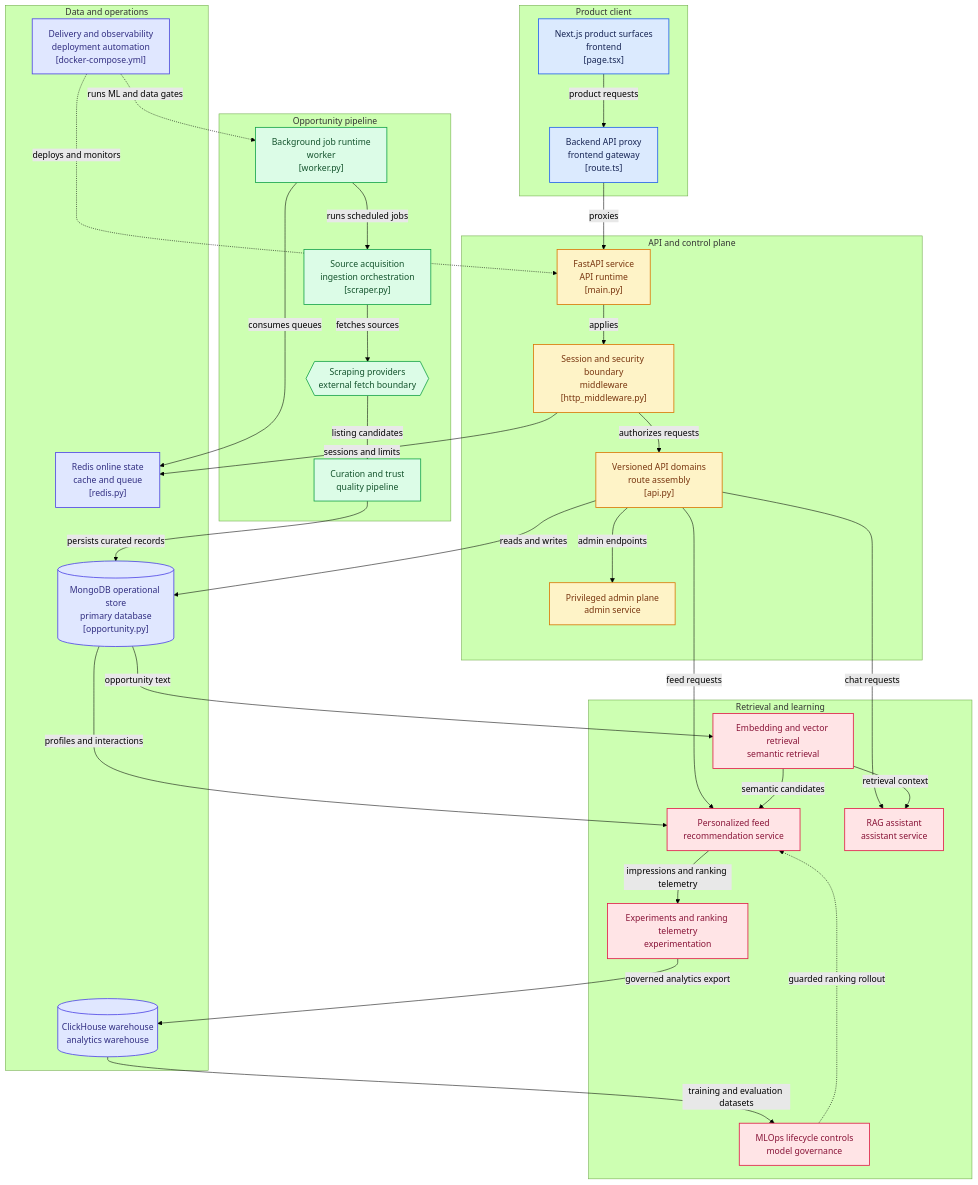
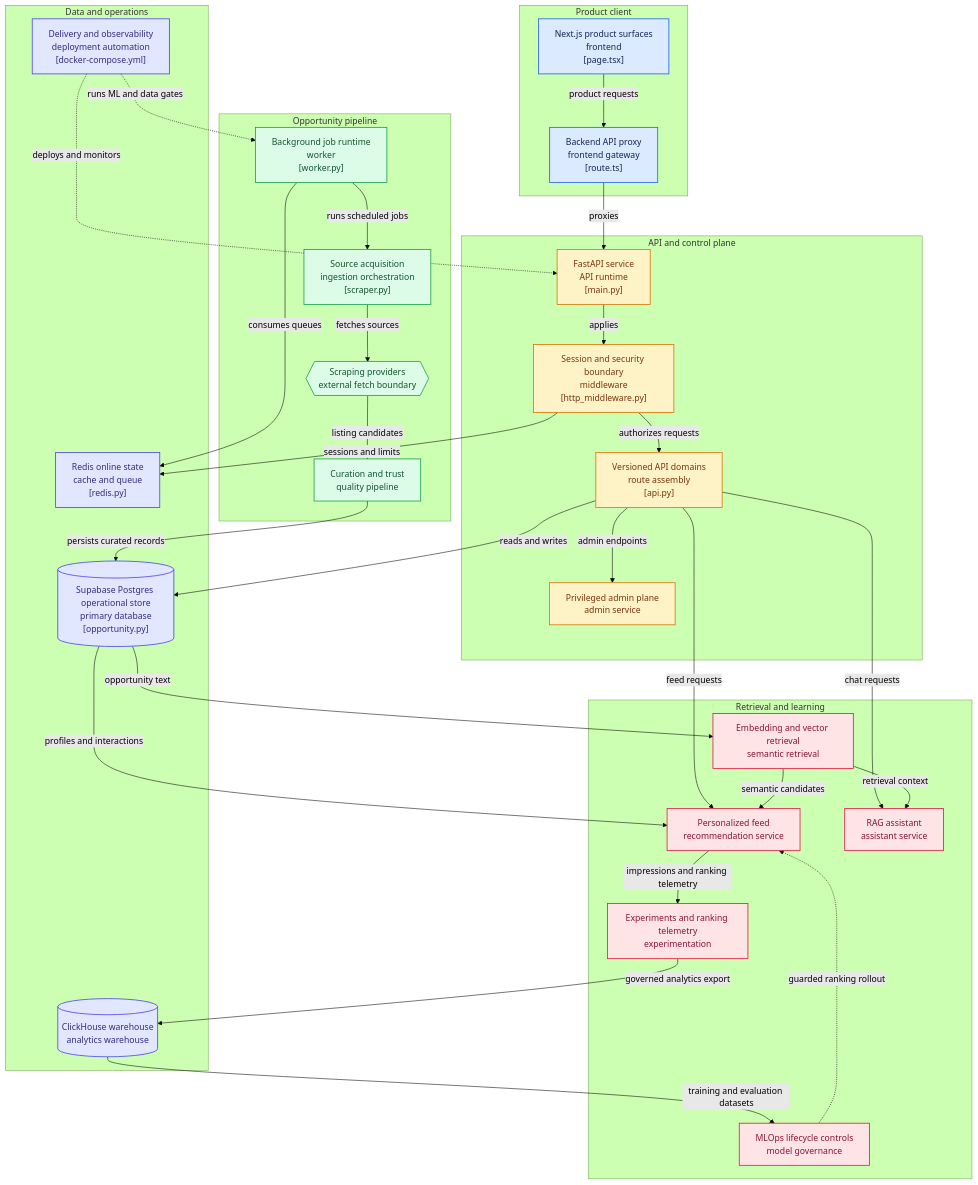
One commit to ankan00V/Ivy-League-Portal changed the second of 2 diagrams in README.md. Above: the diagram before and after it, drawn with Mermaid (forest theme). The commit also changed other lines of this file and 42 other files, not shown here.

````diff
--- a/README.md
+++ b/README.md
@@ -80,7 +80,7 @@
 end
 
 subgraph group_data["Data and operations"]
-  node_mongo[("MongoDB operational store<br/>primary database<br/>[opportunity.py]")]
+  node_postgres[("Supabase Postgres operational store<br/>primary database<br/>[opportunity.py]")]
   node_redis["Redis online state<br/>cache and queue<br/>[redis.py]"]
   node_warehouse[("ClickHouse warehouse<br/>analytics warehouse")]
   node_delivery["Delivery and observability<br/>deployment automation<br/>[docker-compose.yml]"]
@@ -93,16 +93,16 @@
 node_api_domains -->|"admin endpoints"| node_admin
 node_api_domains -->|"feed requests"| node_recommendations
 node_api_domains -->|"chat requests"| node_assistant
-node_api_domains -->|"reads and writes"| node_mongo
+node_api_domains -->|"reads and writes"| node_postgres
 node_security -->|"sessions and limits"| node_redis
 node_worker -->|"runs scheduled jobs"| node_acquisition
 node_worker -->|"consumes queues"| node_redis
 node_acquisition -->|"fetches sources"| node_providers
 node_providers -->|"listing candidates"| node_curation
-node_curation -->|"persists curated records"| node_mongo
-node_mongo -->|"opportunity text"| node_vectors
+node_curation -->|"persists curated records"| node_postgres
+node_postgres -->|"opportunity text"| node_vectors
 node_vectors -->|"semantic candidates"| node_recommendations
-node_mongo -->|"profiles and interactions"| node_recommendations
+node_postgres -->|"profiles and interactions"| node_recommendations
 node_vectors -->|"retrieval context"| node_assistant
 node_recommendations -->|"impressions and ranking telemetry"| node_experiments
 node_experiments -->|"governed analytics export"| node_warehouse
@@ -126,7 +126,7 @@
 click node_assistant "https://github.com/ankan00v/ivy-league-portal/blob/main/backend/app/services/assistant_service.py"
 click node_experiments "https://github.com/ankan00v/ivy-league-portal/blob/main/backend/app/services/experiment_service.py"
 click node_mlops "https://github.com/ankan00v/ivy-league-portal/blob/main/backend/app/services/mlops/retraining_service.py"
-click node_mongo "https://github.com/ankan00v/ivy-league-portal/blob/main/backend/app/models/opportunity.py"
+click node_postgres "https://github.com/ankan00v/ivy-league-portal/blob/main/backend/app/models/opportunity.py"
 click node_redis "https://github.com/ankan00v/ivy-league-portal/blob/main/backend/app/core/redis.py"
 click node_warehouse "https://github.com/ankan00v/ivy-league-portal/blob/main/backend/warehouse/clickhouse_schema.sql"
 click node_delivery "https://github.com/ankan00v/ivy-league-portal/blob/main/docker-compose.yml"
@@ -142,5 +142,5 @@
 class node_fastapi,node_api_domains,node_security,node_admin toneAmber
 class node_worker,node_acquisition,node_providers,node_curation toneMint
 class node_recommendations,node_vectors,node_assistant,node_experiments,node_mlops toneRose
-class node_mongo,node_redis,node_warehouse,node_delivery toneIndigo
+class node_postgres,node_redis,node_warehouse,node_delivery toneIndigo
 ```
````
